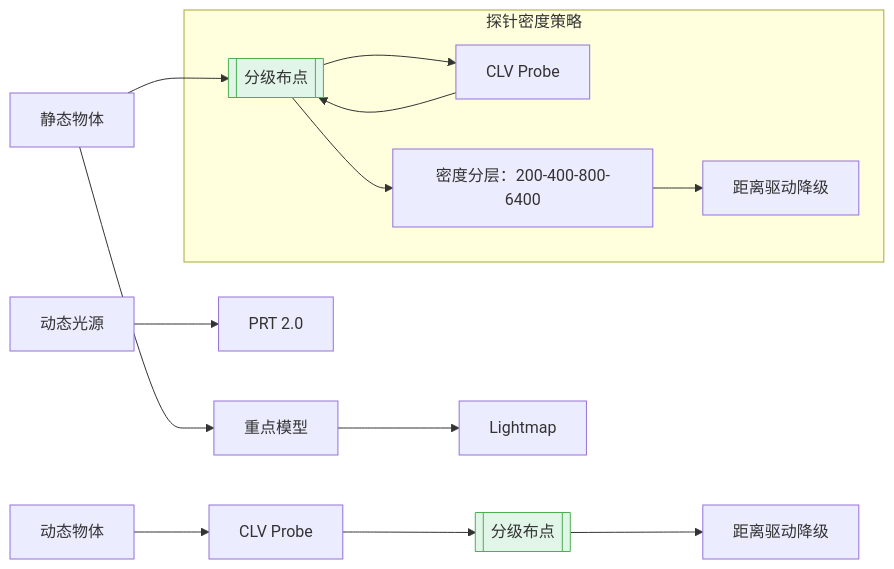
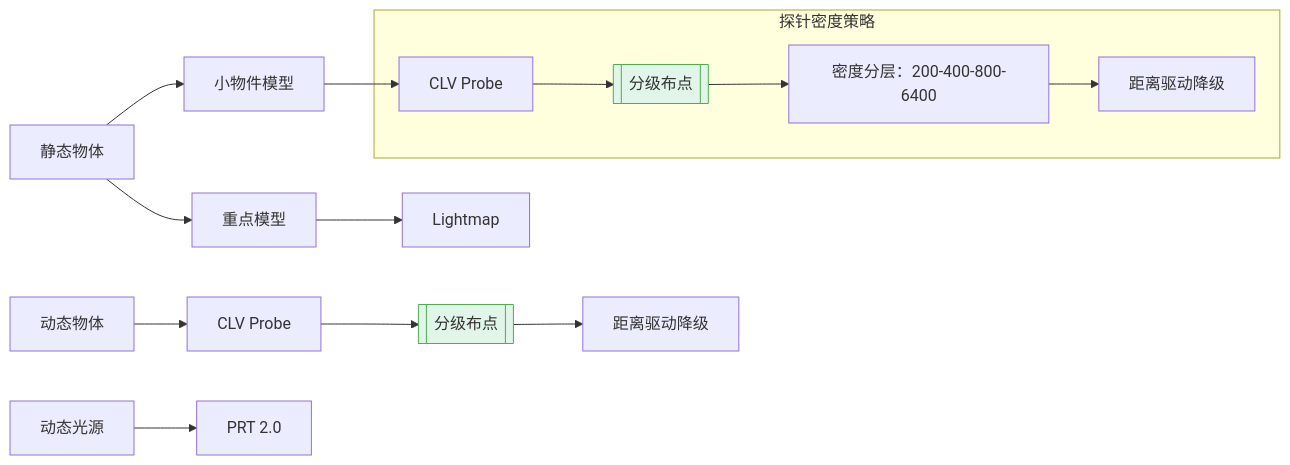
Before and after one commit to archieluan/iodraw-files: the diagram in all/未命名-5.md, drawn with Mermaid.

Commit message:
2025-07-08 11:02:01 update

````diff
--- a/all/未命名-5.md
+++ b/all/未命名-5.md
@@ -1,22 +1,22 @@
 ```mermaid
 graph LR
   %% 保留原基础框架
   A[静态物体] --> A1[重点模型] --> A2[Lightmap]
-  A --> C[小物件模型] --> B1[CLV Probe]
+  A --> B[小物件模型] --> B1[CLV Probe]
   
   %% 新增分级标注
   subgraph 探针密度策略
     B1 --> C[[分级布点]]
     C --> C1["密度分层：200-400-800-6400"]
     C1 --> C2["距离驱动降级"]
     style C fill:#e1f5e8,stroke:#4caf50
   end
   
   %% 动态部分严格区分
   D[动态物体] --> D1[CLV Probe] 
   D1 --> D2[[分级布点]] 
   D2 --> D3[距离驱动降级]
   style D2 fill:#e1f5e8,stroke:#4caf50
   
   E[动态光源] --> E1[PRT 2.0]
 ```
````
